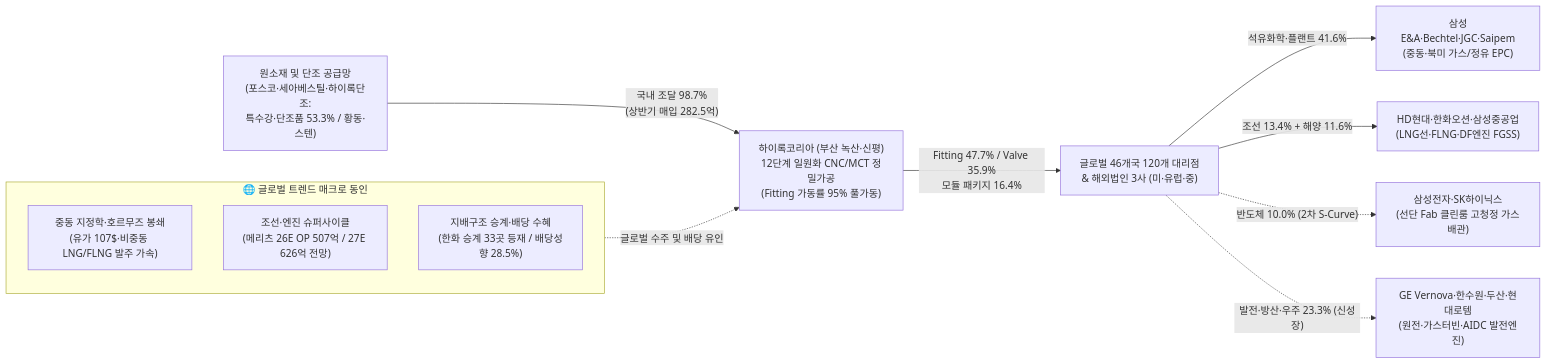
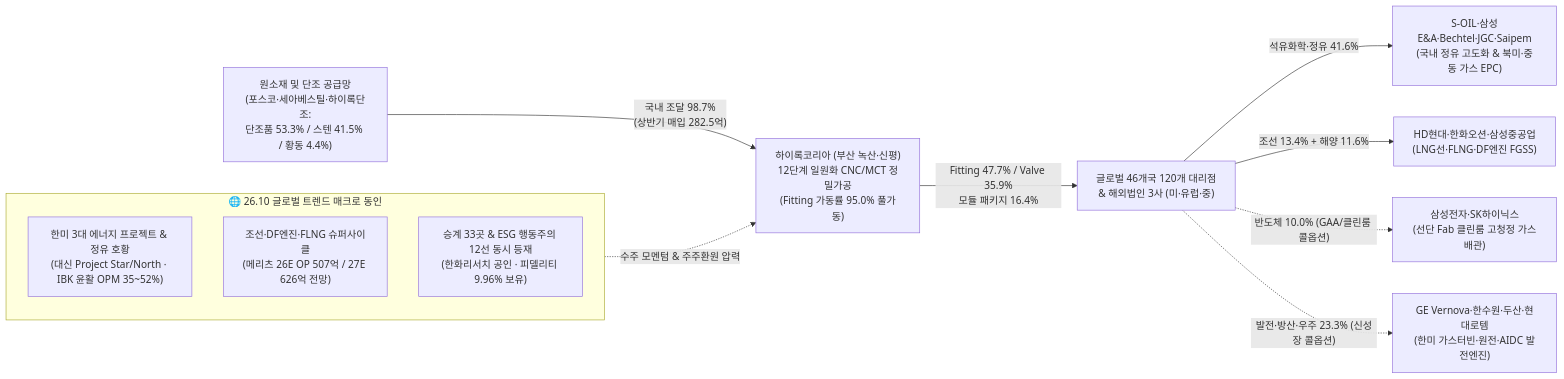
Before and after one commit to eve830521-cmd/my-skill: the diagram in Stock_Research/하이록코리아/3_Final_Reports/Phase1_Report.md, drawn with Mermaid. The commit also changed other lines of this file and 96 other files, not shown here.

````diff
--- a/Stock_Research/하이록코리아/3_Final_Reports/Phase1_Report.md
+++ b/Stock_Research/하이록코리아/3_Final_Reports/Phase1_Report.md
@@ -37,18 +52,18 @@
 ```mermaid
 graph LR
-    subgraph Macro ["🌐 글로벌 트렌드 매크로 동인"]
-        M1["중동 지정학·호르무즈 봉쇄<br/>(유가 107$·비중동 LNG/FLNG 발주 가속)"]
-        M2["조선·엔진 슈퍼사이클<br/>(메리츠 26E OP 507억 / 27E 626억 전망)"]
-        M3["지배구조 승계·배당 수혜<br/>(한화 승계 33곳 등재 / 배당성향 28.5%)"]
+    subgraph Macro ["🌐 26.10 글로벌 트렌드 매크로 동인"]
+        M1["한미 3대 에너지 프로젝트 & 정유 호황<br/>(대신 Project Star/North · IBK 윤활 OPM 35~52%)"]
+        M2["조선·DF엔진·FLNG 슈퍼사이클<br/>(메리츠 26E OP 507억 / 27E 626억 전망)"]
+        M3["승계 33곳 & ESG 행동주의 12선 동시 등재<br/>(한화리서치 공인 · 피델리티 9.96% 보유)"]
     end
 
-    A["원소재 및 단조 공급망<br/>(포스코·세아베스틸·하이록단조:<br/>특수강·단조품 53.3% / 황동·스텐)"] -->|"국내 조달 98.7%<br/>(상반기 매입 282.5억)"| B["하이록코리아 (부산 녹산·신평)<br/>12단계 일원화 CNC/MCT 정밀가공<br/>(Fitting 가동률 95% 풀가동)"]
+    A["원소재 및 단조 공급망<br/>(포스코·세아베스틸·하이록단조:<br/>단조품 53.3% / 스텐 41.5% / 황동 4.4%)"] -->|"국내 조달 98.7%<br/>(상반기 매입 282.5억)"| B["하이록코리아 (부산 녹산·신평)<br/>12단계 일원화 CNC/MCT 정밀가공<br/>(Fitting 가동률 95.0% 풀가동)"]
     
-    Macro -. "글로벌 수주 및 배당 유인" .-> B
+    Macro -. "수주 모멘텀 & 주주환원 압력" .-> B
 
     B -->|"Fitting 47.7% / Valve 35.9%<br/>모듈 패키지 16.4%"| C["글로벌 46개국 120개 대리점<br/>& 해외법인 3사 (미·유럽·중)"]
-    C -->|"석유화학·플랜트 41.6%"| D["삼성E&A·Bechtel·JGC·Saipem<br/>(중동·북미 가스/정유 EPC)"]
+    C -->|"석유화학·정유 41.6%"| D["S-OIL·삼성E&A·Bechtel·JGC·Saipem<br/>(국내 정유 고도화 & 북미·중동 가스 EPC)"]
     C -->|"조선 13.4% + 해양 11.6%"| E["HD현대·한화오션·삼성중공업<br/>(LNG선·FLNG·DF엔진 FGSS)"]
-    C -. "반도체 10.0% (2차 S-Curve)" .-> F["삼성전자·SK하이닉스<br/>(선단 Fab 클린룸 고청정 가스배관)"]
-    C -. "발전·방산·우주 23.3% (신성장)" .-> G["GE Vernova·한수원·두산·현대로템<br/>(원전·가스터빈·AIDC 발전엔진)"]
+    C -. "반도체 10.0% (GAA/클린룸 콜옵션)" .-> F["삼성전자·SK하이닉스<br/>(선단 Fab 클린룸 고청정 가스배관)"]
+    C -. "발전·방산·우주 23.3% (신성장 콜옵션)" .-> G["GE Vernova·한수원·두산·현대로템<br/>(한미 가스터빈·원전·AIDC 발전엔진)"]
 ```
````
